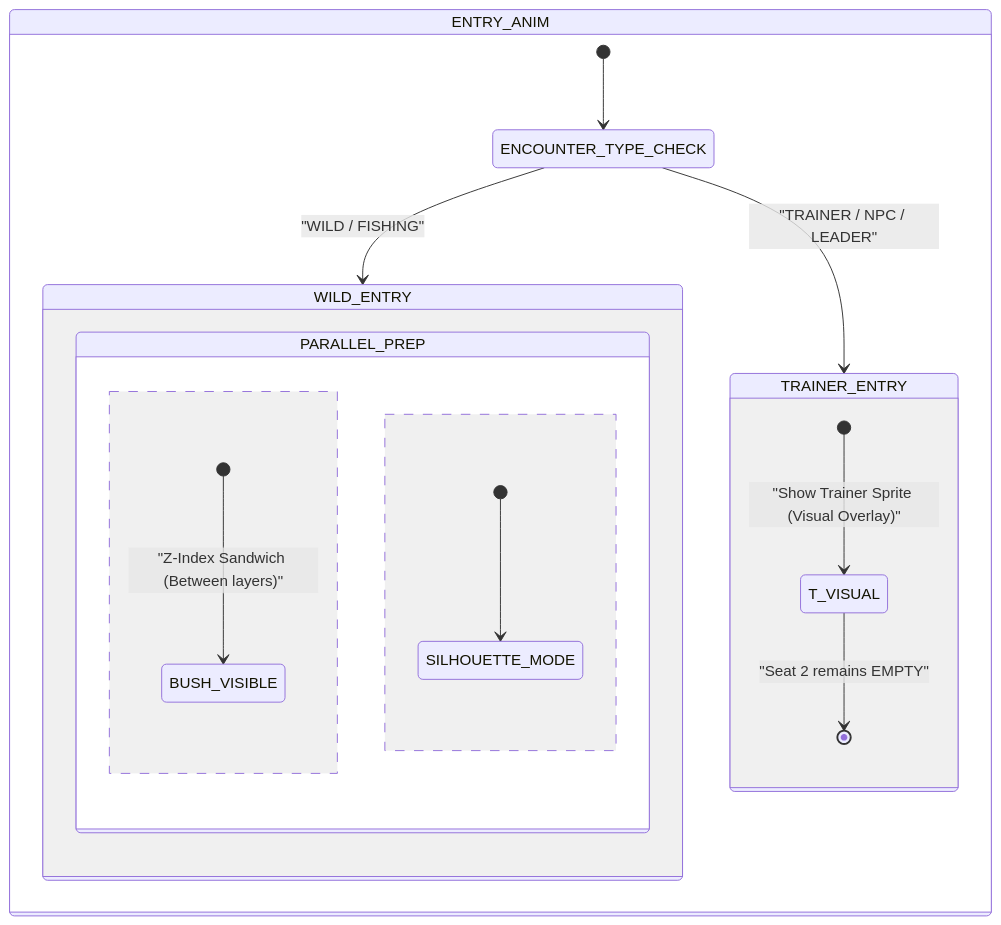
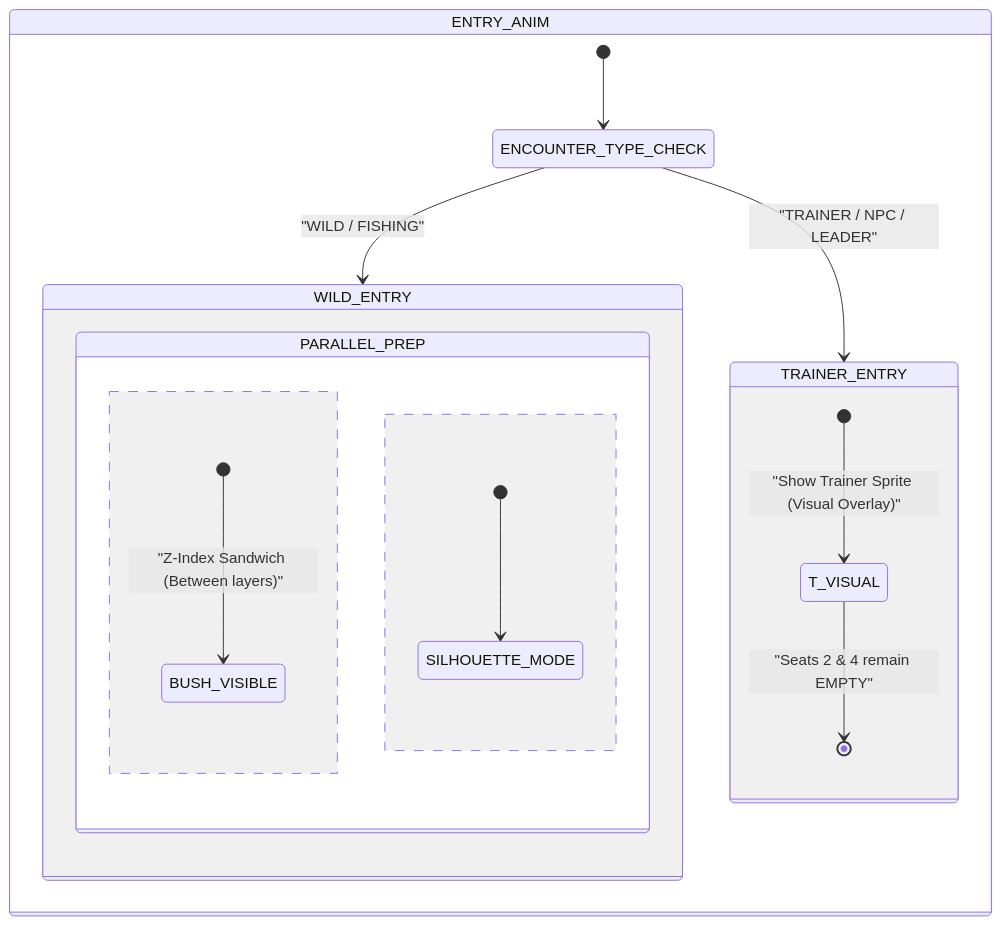
One commit to Darkham77/PokeBorrador changed diagram 16 of 18 in .agents/skills/project-standards/references/battle/battle_mechanics_manual.md. Above: the diagram before and after it, drawn with Mermaid. The commit also changed other lines of this file and 20 other files, not shown here.

````diff
--- a/.agents/skills/project-standards/references/battle/battle_mechanics_manual.md
+++ b/.agents/skills/project-standards/references/battle/battle_mechanics_manual.md
@@ -772,23 +752,23 @@
 ```mermaid
 stateDiagram-v2
     state ENTRY_ANIM {
         [*] --> ENCOUNTER_TYPE_CHECK
         state ENCOUNTER_TYPE_CHECK <<choice>>
         
         ENCOUNTER_TYPE_CHECK --> WILD_ENTRY: "WILD / FISHING"
         ENCOUNTER_TYPE_CHECK --> TRAINER_ENTRY: "TRAINER / NPC / LEADER"
         
         state TRAINER_ENTRY {
             [*] --> T_VISUAL: "Show Trainer Sprite (Visual Overlay)"
-            T_VISUAL --> [*]: "Seat 2 remains EMPTY"
+            T_VISUAL --> [*]: "Seats 2 & 4 remain EMPTY"
         }
         
         state WILD_ENTRY {
             state PARALLEL_PREP {
                 [*] --> BUSH_VISIBLE: "Z-Index Sandwich (Between layers)"
                 --
                 [*] --> SILHOUETTE_MODE
             }
         }
     }
 ```
````
